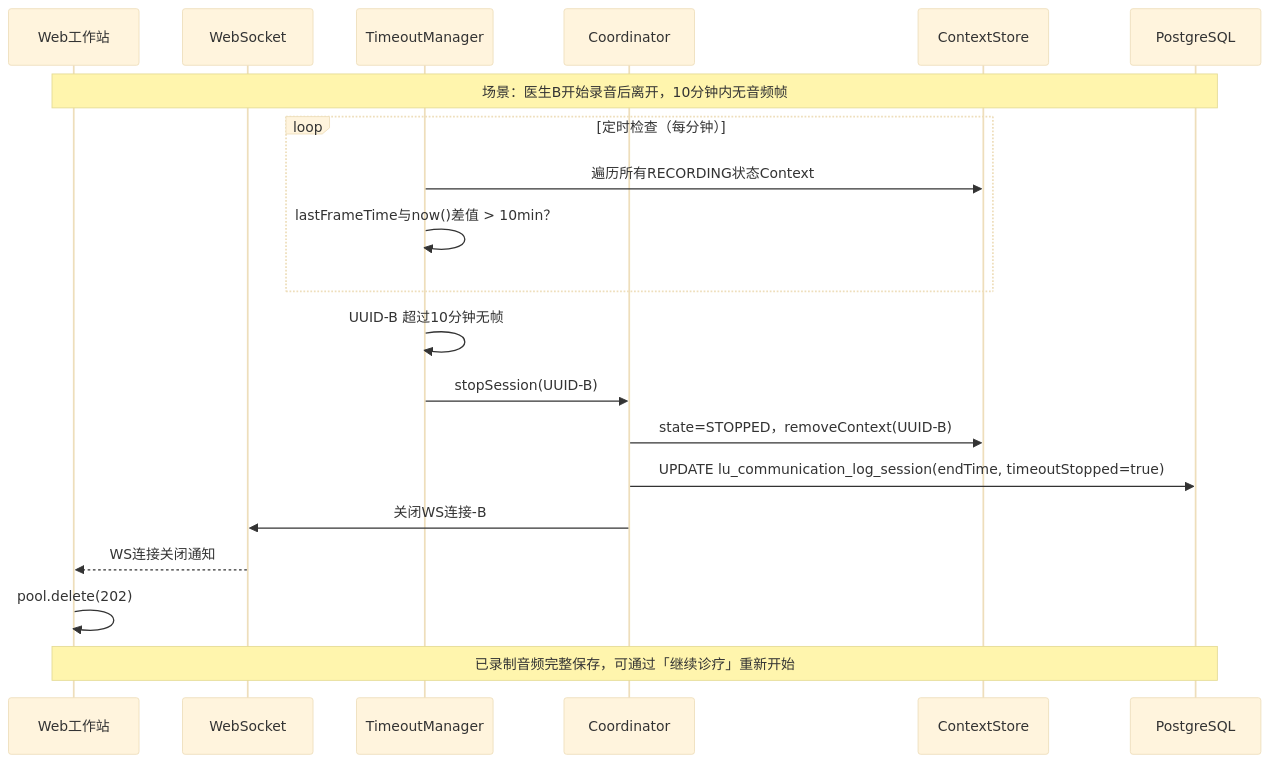
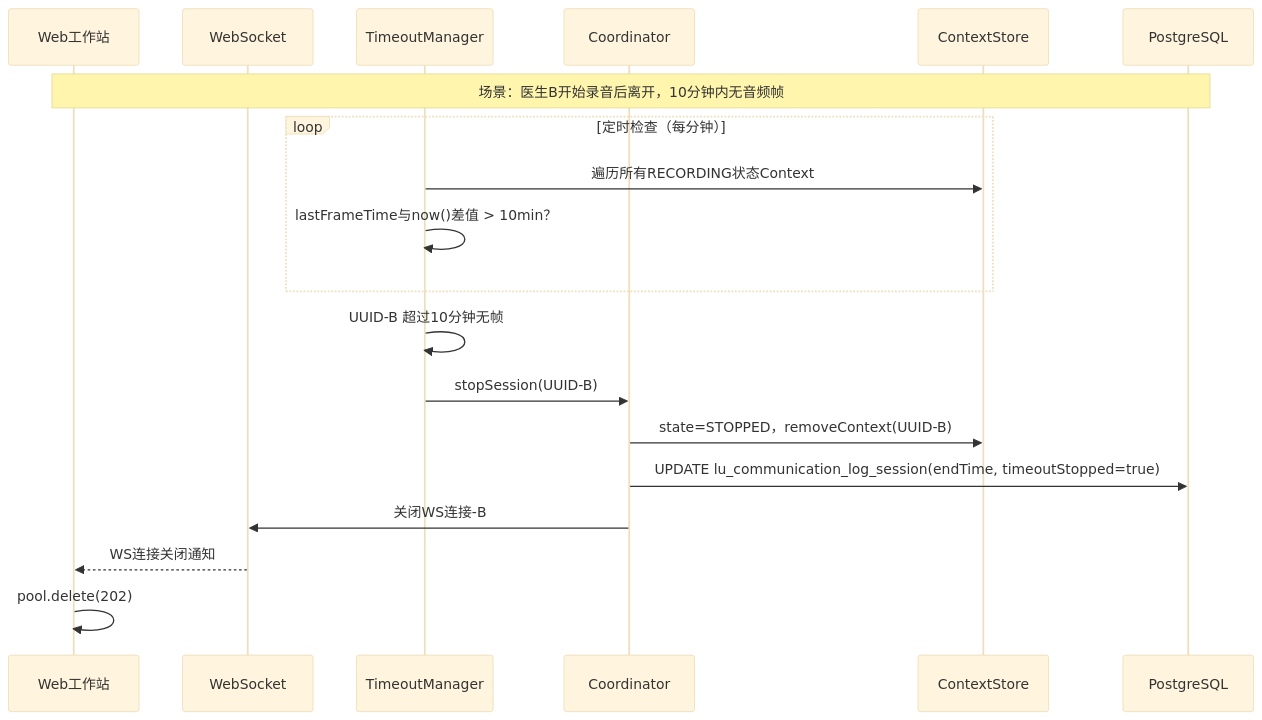
One commit to Gamehu/pictures-bed changed the fourth of 6 diagrams in uml/goodsop/v1.5-recording/web-recording.md. Above: the diagram before and after it, drawn with Mermaid (base theme). The commit also changed other lines of this file and 1 other file, not shown here.

Commit message:
doc: 简化录音架构图，移除接口入参说明（归入详细设计接口设计章节）

````diff
--- a/uml/goodsop/v1.5-recording/web-recording.md
+++ b/uml/goodsop/v1.5-recording/web-recording.md
@@ -280,24 +190,23 @@
 ```mermaid
 sequenceDiagram
     participant WEB as Web工作站
     participant GW as WebSocket
     participant Timeout as TimeoutManager
     participant Coord as Coordinator
     participant Store as ContextStore
     participant DB as PostgreSQL
 
     Note over WEB,DB: 场景：医生B开始录音后离开，10分钟内无音频帧
     loop 定时检查（每分钟）
         Timeout ->> Store: 遍历所有RECORDING状态Context
         Timeout ->> Timeout: lastFrameTime与now()差值 > 10min？
     end
 
     Timeout ->> Timeout: UUID-B 超过10分钟无帧
     Timeout ->> Coord: stopSession(UUID-B)
     Coord ->> Store: state=STOPPED，removeContext(UUID-B)
     Coord ->> DB: UPDATE lu_communication_log_session(endTime, timeoutStopped=true)
     Coord ->> GW: 关闭WS连接-B
     GW -->> WEB: WS连接关闭通知
     WEB ->> WEB: pool.delete(202)
-    Note over WEB,DB: 已录制音频完整保存，可通过「继续诊疗」重新开始
 ```
````
